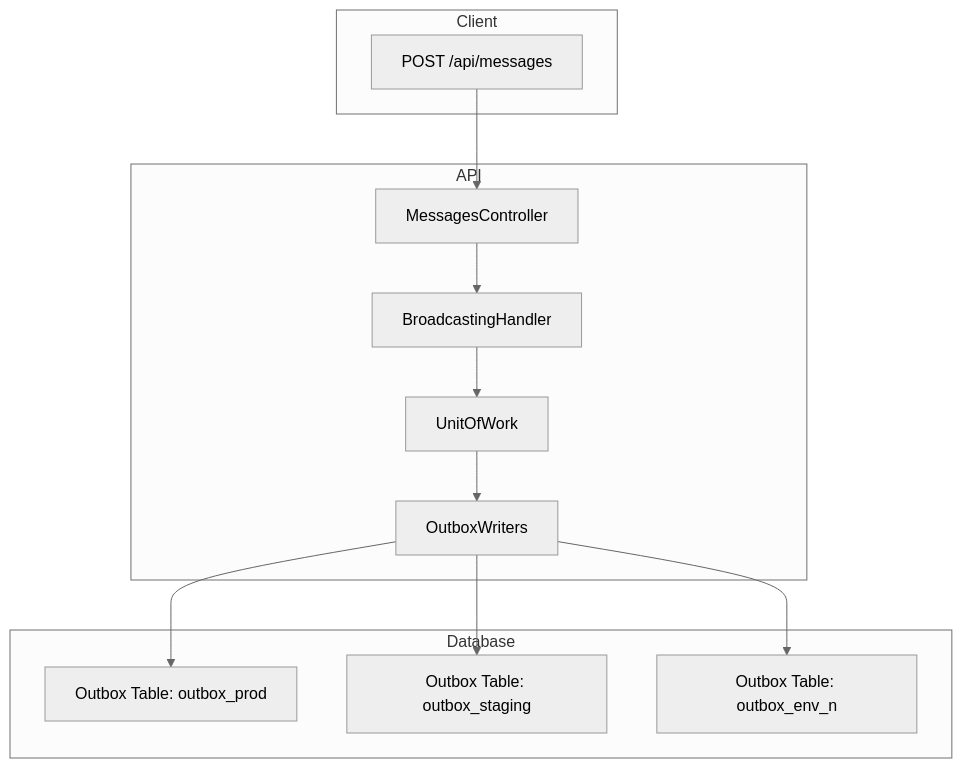
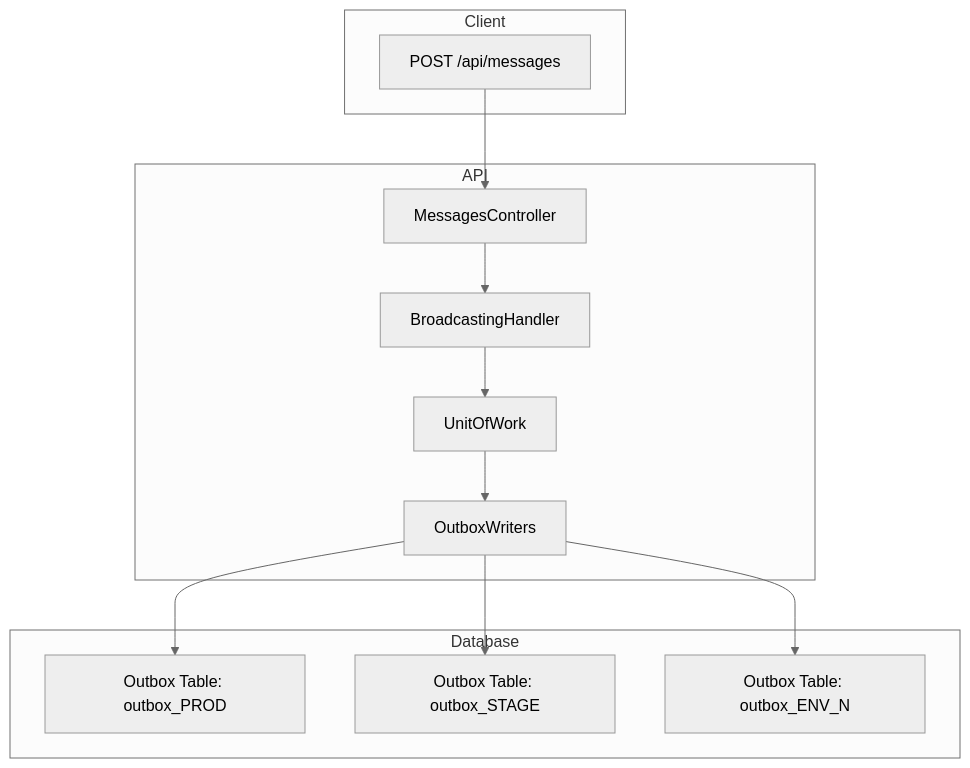
The diagram in README.md (ntulenev/HttpBroadcaster), drawn with Mermaid (neutral theme) before and after one commit. The commit also changed other lines of this file, not shown here.

````diff
--- a/README.md
+++ b/README.md
@@ -4,24 +4,24 @@
 ```mermaid
 flowchart TD
     subgraph Client
         A[POST /api/messages]
     end
 
     subgraph API
         B[MessagesController]
         C[BroadcastingHandler]
         D[UnitOfWork]
         E[OutboxWriters]
     end
 
     subgraph Database
-        F1[Outbox Table: outbox_prod]
-        F2[Outbox Table: outbox_staging]
-        F3[Outbox Table: outbox_env_n]
+        F1[Outbox Table: outbox_PROD]
+        F2[Outbox Table: outbox_STAGE]
+        F3[Outbox Table: outbox_ENV_N]
     end
 
     A --> B --> C --> D --> E
     E --> F1
     E --> F2
     E --> F3
 ```
````
